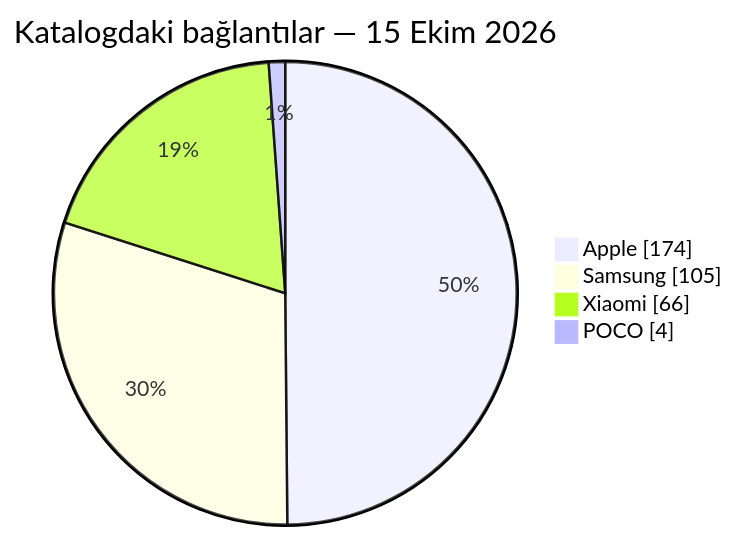
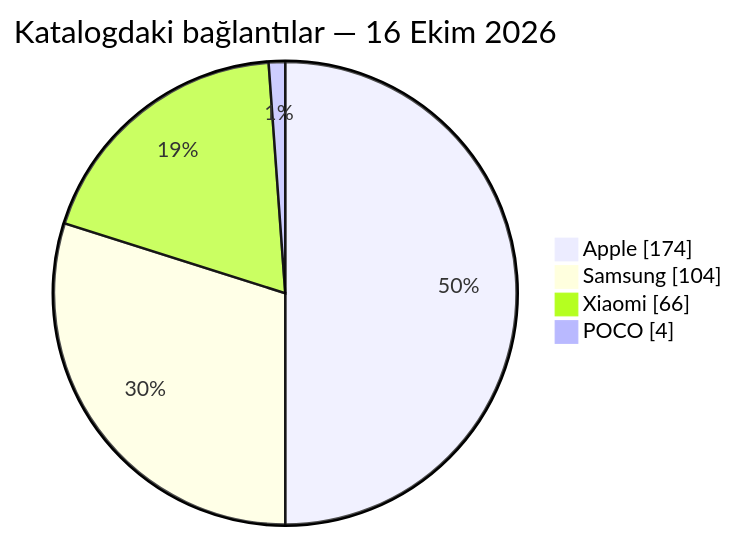
One commit to Emir-Ars/Urun-indirim-takip changed the second of 2 diagrams in README.md. Above: the diagram before and after it, drawn with Mermaid. The commit also changed other lines of this file and 4 other files, not shown here.

````diff
--- a/README.md
+++ b/README.md
@@ -118,8 +128,8 @@
 ```mermaid
 pie showData
-    title Katalogdaki bağlantılar — 15 Ekim 2026
+    title Katalogdaki bağlantılar — 16 Ekim 2026
     "Apple" : 174
-    "Samsung" : 105
+    "Samsung" : 104
     "Xiaomi" : 66
     "POCO" : 4
 ```
````
